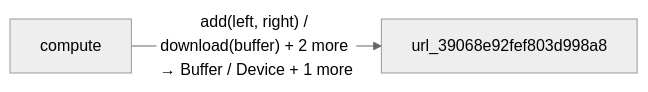
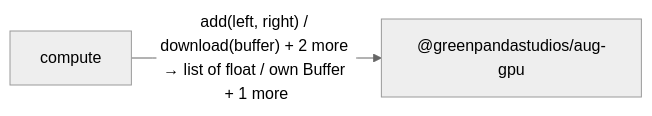
Before and after one commit to GreenPandaStudios/augscript: the second of 3 diagrams in docs/examples/native-gpu/diagrams/index.md, drawn with Mermaid (neutral theme). The commit also changed other lines of this file and 133 other files, not shown here.

````diff
--- a/docs/examples/native-gpu/diagrams/index.md
+++ b/docs/examples/native-gpu/diagrams/index.md
@@ -30,6 +30,6 @@
 ```mermaid
 flowchart LR
     n0["compute"]
-    n1["url_39068e92fef803d998a8"]
-    n0 -->|"add(left, right) / download(buffer) + 2 more → Buffer / Device + 1 more"| n1
+    n1["@greenpandastudios/aug-gpu"]
+    n0 -->|"add(left, right) / download(buffer) + 2 more → list of float / own Buffer + 1 more"| n1
 ```
````
